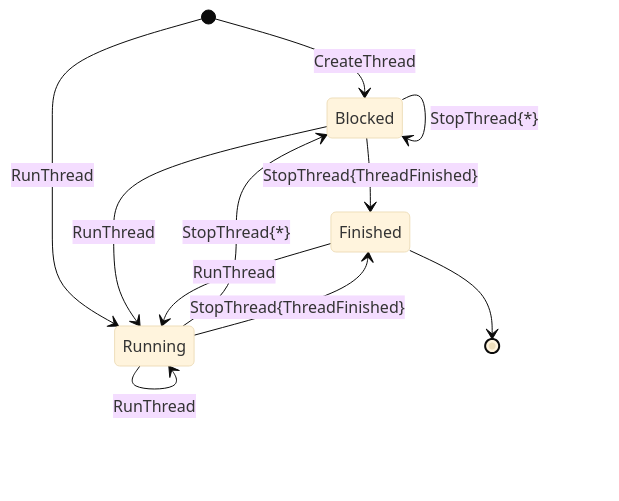
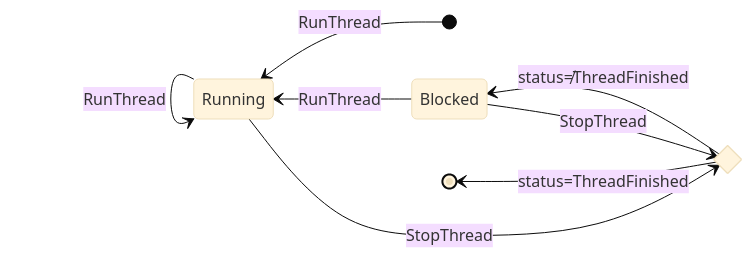
One commit to well-typed/eventlog-live changed the third of 3 diagrams in eventlog-live/README.md. Above: the diagram before and after it, drawn with Mermaid (base theme). The commit also changed other lines of this file, not shown here.

````diff
--- a/eventlog-live/README.md
+++ b/eventlog-live/README.md
@@ -37,17 +69,16 @@
 ```mermaid
 stateDiagram-v2
-  [*]      --> Blocked  : CreateThread
-  [*]      --> Running  : RunThread
+  direction RL
 
-  Blocked  --> Blocked  : MigrateThread
-  Blocked  --> Blocked  : StopThread{*}
-  Blocked  --> Finished : StopThread{ThreadFinished}
-  Blocked  --> Running  : RunThread
+  state Running
+  state Blocked
+  state StopThread <<choice>>
 
-  Finished --> [*]
-  Finished --> Running  : RunThread
-
-  Running  --> Blocked  : StopThread{*}
-  Running  --> Finished : StopThread{ThreadFinished}
-  Running  --> Running  : RunThread
+  [*]        --> Running    : RunThread
+  Blocked    --> Running    : RunThread
+  Running    --> Running    : RunThread
+  Running    --> StopThread : StopThread
+  Blocked    --> StopThread : StopThread
+  StopThread --> Blocked    : status≠ThreadFinished
+  StopThread --> [*]        : status=ThreadFinished
 ```
````
